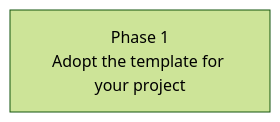
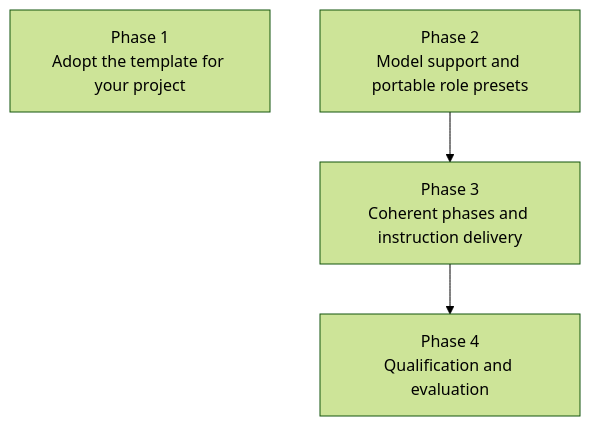
One commit to wolfmcnally/agentic-coding-starter changed the diagram in plan/INDEX.md. Above: the diagram before and after it, drawn with Mermaid (forest theme). The commit also changed other lines of this file and 29 other files, not shown here.

Commit message:
Add Astra routing and portable development role presets

````diff
--- a/plan/INDEX.md
+++ b/plan/INDEX.md
@@ -28,4 +28,6 @@
 ```mermaid
 graph TD
     P1[Phase 1<br/>Adopt the template for your project]
+    P2[Phase 2<br/>Model support and portable role presets] --> P3[Phase 3<br/>Coherent phases and instruction delivery]
+    P3 --> P4[Phase 4<br/>Qualification and evaluation]
 ```
````
